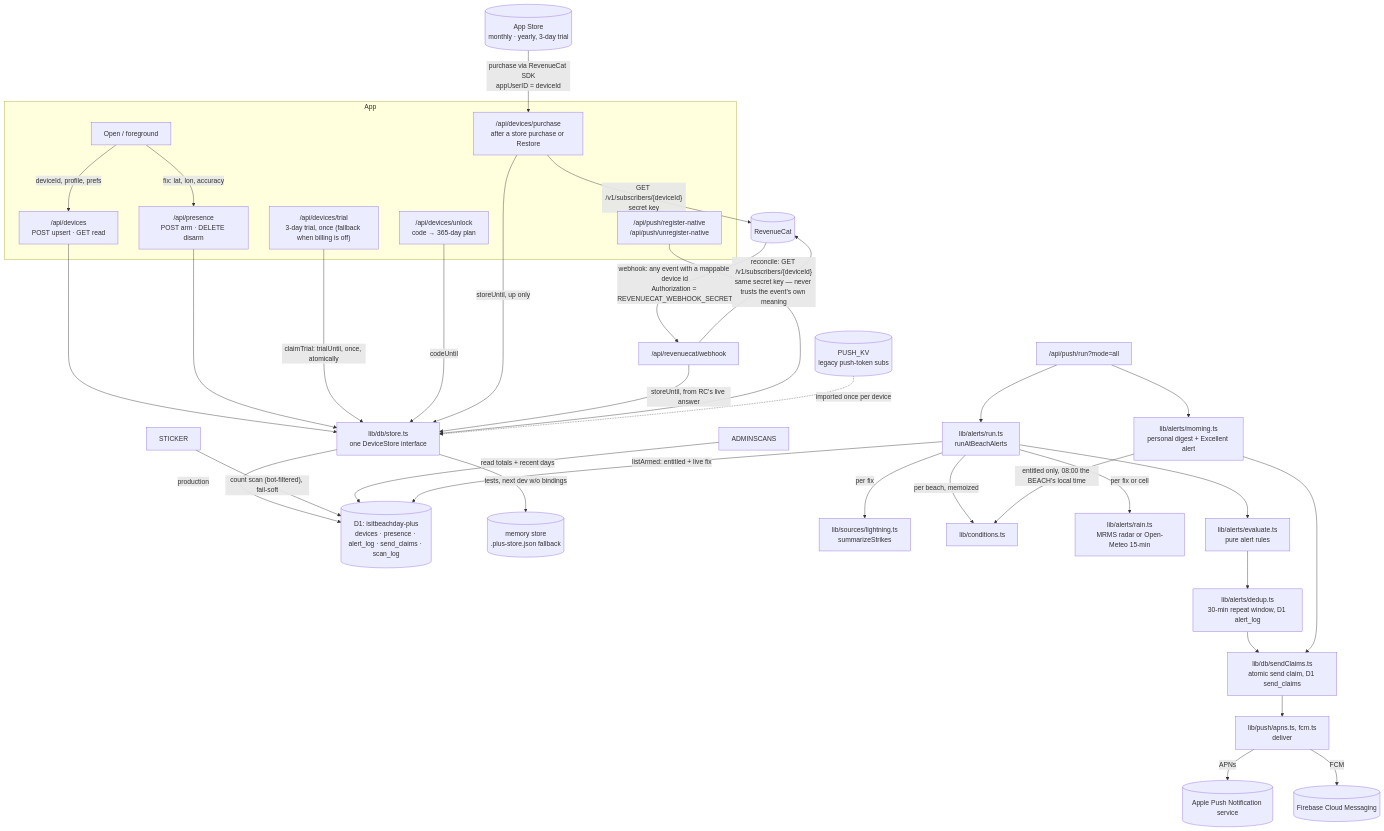
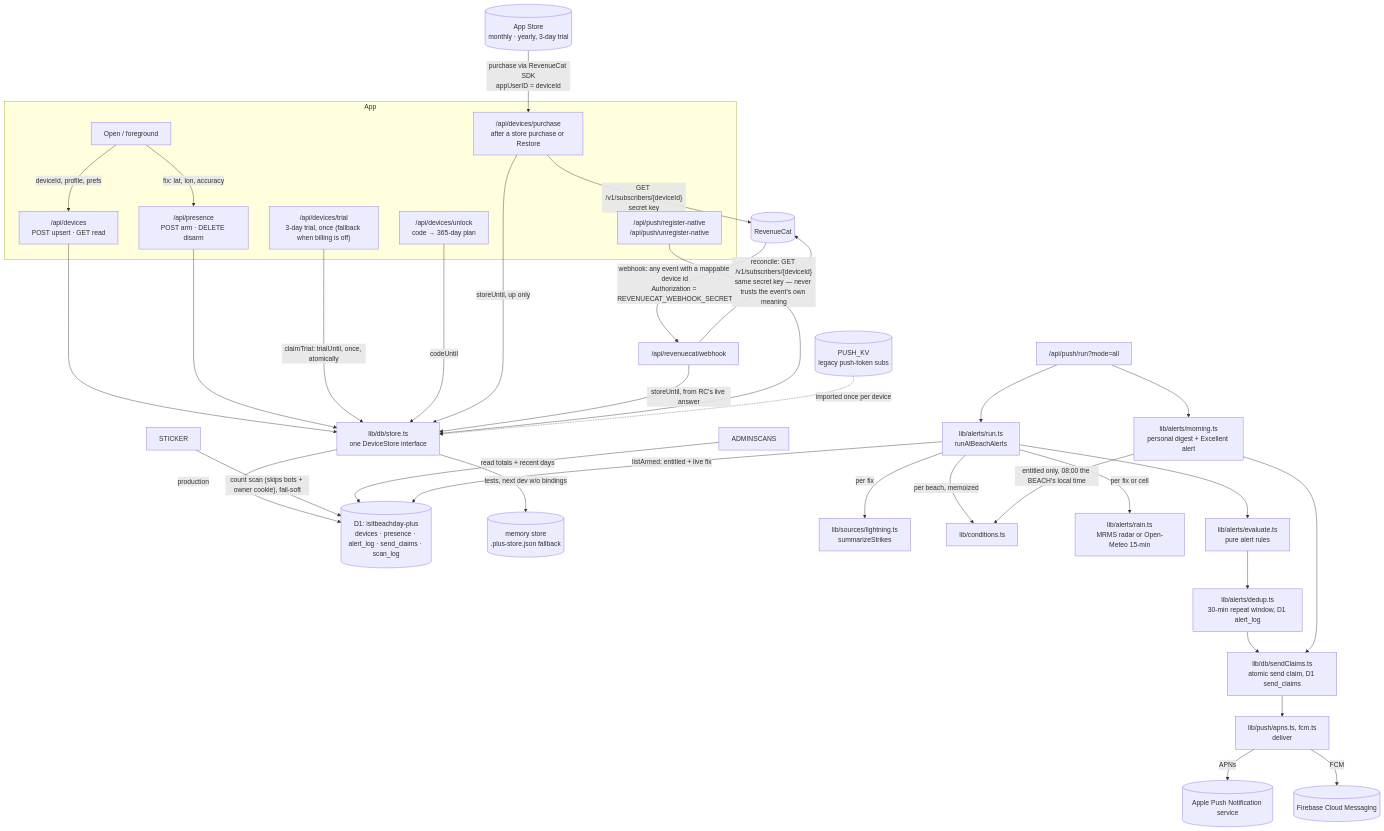
The third of 3 diagrams in docs/architecture.md (jayfrid-bot/bocabeach), drawn with Mermaid before and after one commit. The commit also changed other lines of this file and 3 other files, not shown here.

First line of the commit message:
Sticker scans: don't count the owner's own scans

````diff
--- a/docs/architecture.md
+++ b/docs/architecture.md
@@ -152,49 +153,49 @@
 ```mermaid
 flowchart TD
   subgraph app [App]
     OPEN[Open / foreground] -->|deviceId, profile, prefs| DEV["/api/devices<br/>POST upsert · GET read"]
     OPEN -->|fix: lat, lon, accuracy| PRES["/api/presence<br/>POST arm · DELETE disarm"]
     TRIAL["/api/devices/trial<br/>3-day trial, once (fallback when billing is off)"]
     UNLOCK["/api/devices/unlock<br/>code → 365-day plan"]
     BUY["/api/devices/purchase<br/>after a store purchase or Restore"]
     REG["/api/push/register-native<br/>/api/push/unregister-native"]
   end
 
   APPSTORE[(App Store<br/>monthly · yearly, 3-day trial)] -->|"purchase via RevenueCat SDK<br/>appUserID = deviceId"| BUY
   BUY -->|"GET /v1/subscribers/{deviceId}<br/>secret key"| RC[(RevenueCat)]
   RC -->|"webhook: any event with a mappable device id<br/>Authorization = REVENUECAT_WEBHOOK_SECRET"| RCHOOK["/api/revenuecat/webhook"]
   RCHOOK -->|"reconcile: GET /v1/subscribers/{deviceId}<br/>same secret key — never trusts the event's own meaning"| RC
 
   DEV --> STORE[lib/db/store.ts<br/>one DeviceStore interface]
   PRES --> STORE
   TRIAL -->|claimTrial: trialUntil, once, atomically| STORE
   UNLOCK -->|codeUntil| STORE
   BUY -->|storeUntil, up only| STORE
   RCHOOK -->|storeUntil, from RC's live answer| STORE
   REG --> STORE
 
   STORE -->|production| D1[(D1: isitbeachday-plus<br/>devices · presence · alert_log · send_claims · scan_log)]
-  STICKER -->|"count scan (bot-filtered), fail-soft"| D1
+  STICKER -->|"count scan (skips bots + owner cookie), fail-soft"| D1
   ADMINSCANS -->|read totals + recent days| D1
   STORE -->|tests, next dev w/o bindings| MEM[(memory store<br/>.plus-store.json fallback)]
 
   KVLEGACY[(PUSH_KV<br/>legacy push-token subs)] -.imported once per device.-> STORE
 
   RUN["/api/push/run?mode=all"] --> ATBEACH[lib/alerts/run.ts<br/>runAtBeachAlerts]
   RUN --> MORNING[lib/alerts/morning.ts<br/>personal digest + Excellent alert]
 
   ATBEACH -->|listArmed: entitled + live fix| D1
   ATBEACH -->|per fix| STRIKES[lib/sources/lightning.ts<br/>summarizeStrikes]
   ATBEACH -->|per beach, memoized| PIPE2[lib/conditions.ts]
   ATBEACH -->|per fix or cell| RAIN[lib/alerts/rain.ts<br/>MRMS radar or Open-Meteo 15-min]
   ATBEACH --> EVALRULES[lib/alerts/evaluate.ts<br/>pure alert rules]
   EVALRULES --> DEDUP[lib/alerts/dedup.ts<br/>30-min repeat window, D1 alert_log]
 
   MORNING -->|entitled only, 08:00 the BEACH's local time| PIPE2
 
   DEDUP --> CLAIM[lib/db/sendClaims.ts<br/>atomic send claim, D1 send_claims]
   MORNING --> CLAIM
   CLAIM --> SEND[lib/push/apns.ts, fcm.ts<br/>deliver]
   SEND -->|APNs| APNS[(Apple Push Notification service)]
   SEND -->|FCM| FCM[(Firebase Cloud Messaging)]
 ```
````
